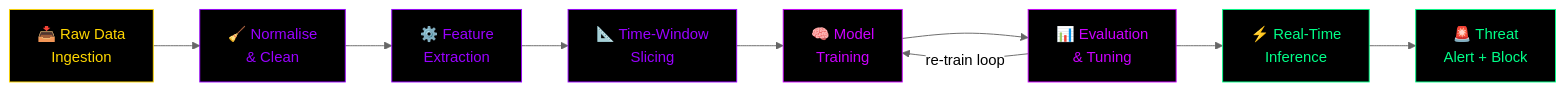
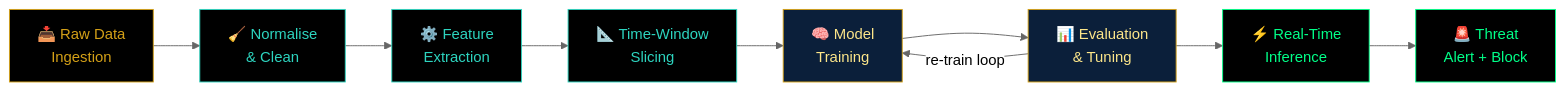
The fourth of 7 diagrams in README.md (LuthandoCandlovu/LuthandoCandlovu), drawn with Mermaid (neutral theme) before and after one commit. The commit also changed other lines of this file, not shown here.

````diff
--- a/README.md
+++ b/README.md
@@ -448,20 +674,20 @@
 ```mermaid
 flowchart LR
     RAW["📥 Raw Data<br/>Ingestion"]:::input
     CLEAN["🧹 Normalise<br/>& Clean"]:::process
     FEAT["⚙️ Feature<br/>Extraction"]:::process
     WINDOW["📐 Time-Window<br/>Slicing"]:::process
     TRAIN["🧠 Model<br/>Training"]:::model
     EVAL["📊 Evaluation<br/>& Tuning"]:::model
     INFER["⚡ Real-Time<br/>Inference"]:::output
     ALERT["🚨 Threat<br/>Alert + Block"]:::output
 
     RAW --> CLEAN --> FEAT --> WINDOW --> TRAIN --> EVAL
     EVAL -->|"re-train loop"| TRAIN
     EVAL --> INFER --> ALERT
 
-    classDef input fill:#000000,stroke:#FFD700,color:#FFD700
-    classDef process fill:#000000,stroke:#9900ff,color:#9900ff
-    classDef model fill:#000000,stroke:#cc00ff,color:#cc00ff
+    classDef input fill:#000000,stroke:#d4a017,color:#d4a017
+    classDef process fill:#000000,stroke:#2dd4bf,color:#2dd4bf
+    classDef model fill:#0b1f3a,stroke:#d4a017,color:#fde68a
     classDef output fill:#000000,stroke:#00ff88,color:#00ff88
 ```
````
